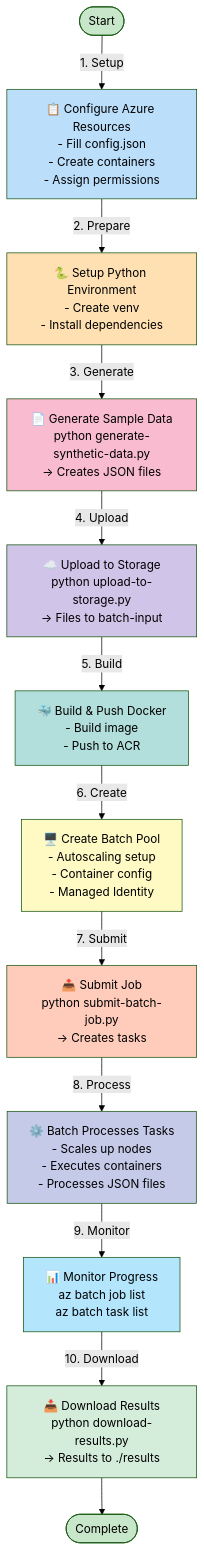
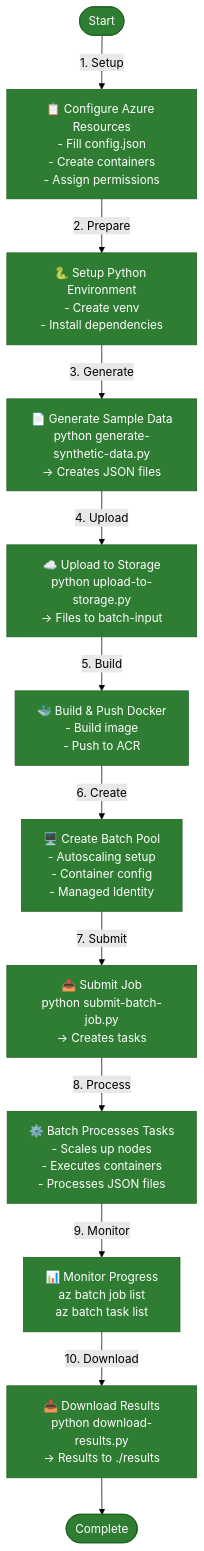
One commit to san360/azure-batch-json-processor changed the second of 5 diagrams in README.md. Above: the diagram before and after it, drawn with Mermaid (forest theme). The commit also changed other lines of this file, not shown here.

Commit message:
docs(readme): apply dark green theme to all mermaid diagrams incl. sequence diagrams

````diff
--- a/README.md
+++ b/README.md
@@ -107,37 +112,38 @@
 ```mermaid
 flowchart TD
     START([Start]) -->|1. Setup| CONFIG["📋 Configure Azure Resources<br/>- Fill config.json<br/>- Create containers<br/>- Assign permissions"]
     
     CONFIG -->|2. Prepare| ENV["🐍 Setup Python Environment<br/>- Create venv<br/>- Install dependencies"]
     
     ENV -->|3. Generate| DATA["📄 Generate Sample Data<br/>python generate-synthetic-data.py<br/>→ Creates JSON files"]
     
     DATA -->|4. Upload| UPLOAD["☁️ Upload to Storage<br/>python upload-to-storage.py<br/>→ Files to batch-input"]
     
     UPLOAD -->|5. Build| BUILD["🐳 Build & Push Docker<br/>- Build image<br/>- Push to ACR"]
     
     BUILD -->|6. Create| POOL["🖥️ Create Batch Pool<br/>- Autoscaling setup<br/>- Container config<br/>- Managed Identity"]
     
     POOL -->|7. Submit| SUBMIT["📤 Submit Job<br/>python submit-batch-job.py<br/>→ Creates tasks"]
     
     SUBMIT -->|8. Process| PROCESS["⚙️ Batch Processes Tasks<br/>- Scales up nodes<br/>- Executes containers<br/>- Processes JSON files"]
     
     PROCESS -->|9. Monitor| MONITOR["📊 Monitor Progress<br/>az batch job list<br/>az batch task list"]
     
     MONITOR -->|10. Download| DOWNLOAD["📥 Download Results<br/>python download-results.py<br/>→ Results to ./results"]
     
     DOWNLOAD --> END([Complete])
     
-    style START fill:#c8e6c9
-    style CONFIG fill:#bbdefb
-    style ENV fill:#ffe0b2
-    style DATA fill:#f8bbd0
-    style UPLOAD fill:#d1c4e9
-    style BUILD fill:#b2dfdb
-    style POOL fill:#fff9c4
-    style SUBMIT fill:#ffccbc
-    style PROCESS fill:#c5cae9
-    style MONITOR fill:#b3e5fc
-    style DOWNLOAD fill:#d4edda
-    style END fill:#c8e6c9
+  %% Unified accessible color scheme
+  style START fill:#2e7d32,stroke:#1b5e20,stroke-width:1px,color:#fff
+  style CONFIG fill:#2e7d32,stroke:#1b5e20,stroke-width:1px,color:#fff
+  style ENV fill:#2e7d32,stroke:#1b5e20,stroke-width:1px,color:#fff
+  style DATA fill:#2e7d32,stroke:#1b5e20,stroke-width:1px,color:#fff
+  style UPLOAD fill:#2e7d32,stroke:#1b5e20,stroke-width:1px,color:#fff
+  style BUILD fill:#2e7d32,stroke:#1b5e20,stroke-width:1px,color:#fff
+  style POOL fill:#2e7d32,stroke:#1b5e20,stroke-width:1px,color:#fff
+  style SUBMIT fill:#2e7d32,stroke:#1b5e20,stroke-width:1px,color:#fff
+  style PROCESS fill:#2e7d32,stroke:#1b5e20,stroke-width:1px,color:#fff
+  style MONITOR fill:#2e7d32,stroke:#1b5e20,stroke-width:1px,color:#fff
+  style DOWNLOAD fill:#2e7d32,stroke:#1b5e20,stroke-width:1px,color:#fff
+  style END fill:#2e7d32,stroke:#1b5e20,stroke-width:1px,color:#fff
 ```
````
